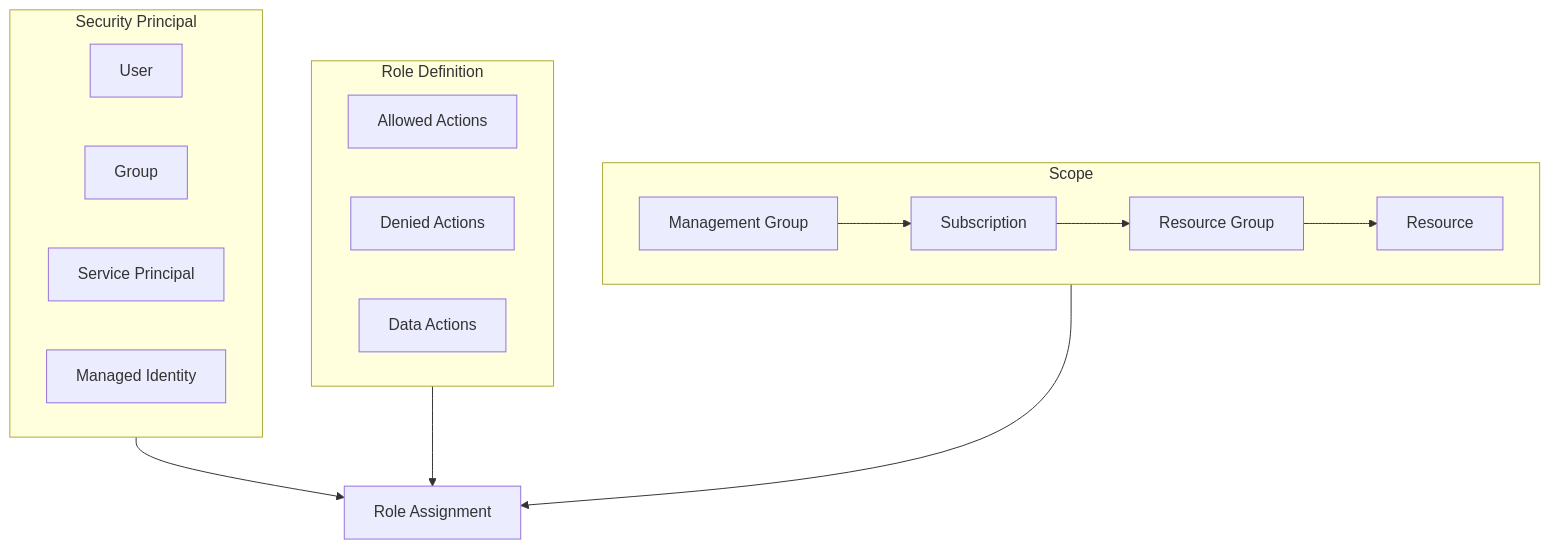
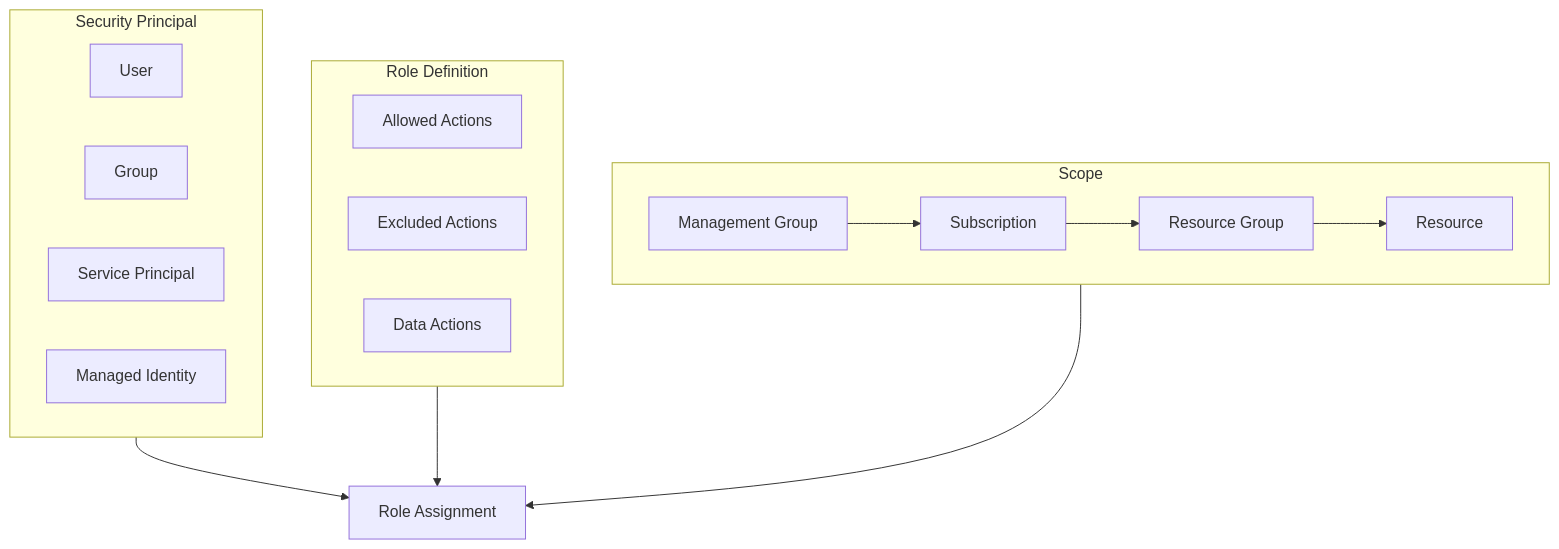
Before and after one commit to OneUptime/blog: the diagram in posts/2026-01-24-azure-rbac-insufficient-permissions/README.md, drawn with Mermaid. The commit also changed other lines of this file and 4262 other files, not shown here.

````diff
--- a/posts/2026-01-24-azure-rbac-insufficient-permissions/README.md
+++ b/posts/2026-01-24-azure-rbac-insufficient-permissions/README.md
@@ -15,30 +15,30 @@
 ```mermaid
 flowchart TB
     subgraph Principal["Security Principal"]
         User[User]
         Group[Group]
         SP[Service Principal]
         MI[Managed Identity]
     end
 
     subgraph Role["Role Definition"]
         Actions[Allowed Actions]
-        NotActions[Denied Actions]
+        NotActions[Excluded Actions]
         DataActions[Data Actions]
     end
 
     subgraph Scope["Scope"]
         MG[Management Group]
         Sub[Subscription]
         RG[Resource Group]
         Res[Resource]
     end
 
     Principal --> Assignment[Role Assignment]
     Role --> Assignment
     Scope --> Assignment
 
     MG --> Sub
     Sub --> RG
     RG --> Res
 ```
````
